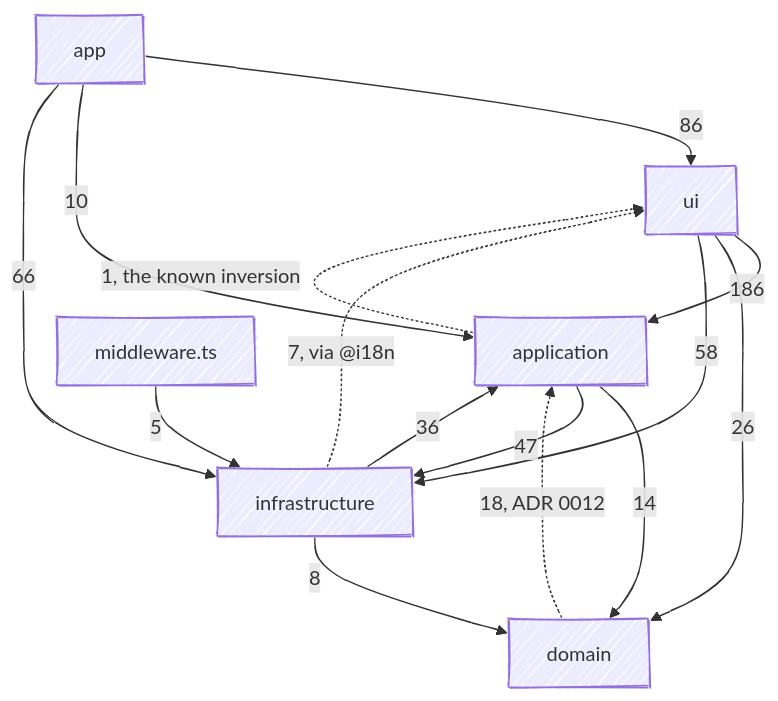
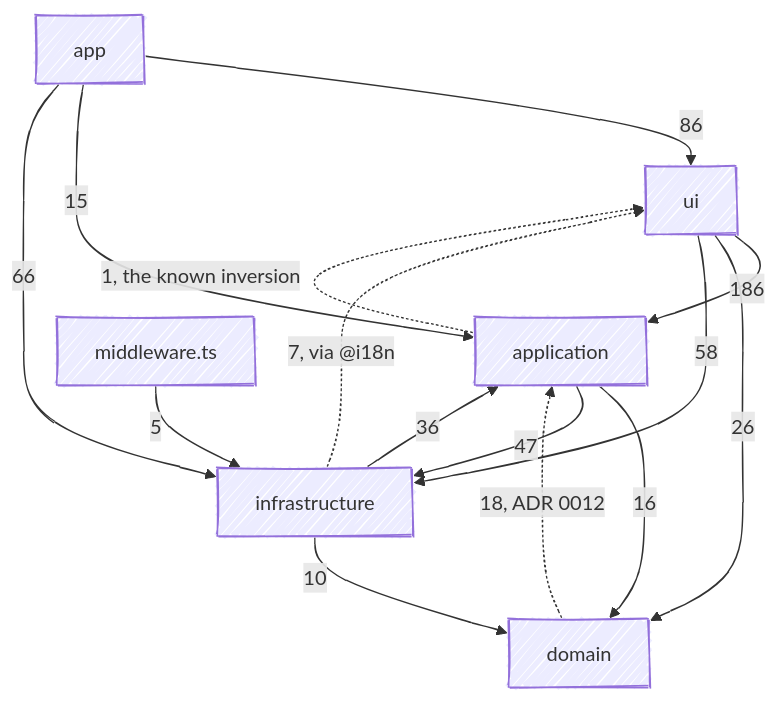
One commit to fbuireu/forever-pto changed the diagram in apps/docs/src/content/docs/architecture/overview.mdx. Above: the diagram before and after it, drawn with Mermaid. The commit also changed other lines of this file and 4 other files, not shown here.

````diff
--- a/apps/docs/src/content/docs/architecture/overview.mdx
+++ b/apps/docs/src/content/docs/architecture/overview.mdx
@@ -35,31 +35,31 @@
 ```mermaid
 ---
 config:
   look: handDrawn
   layout: dagre
   flowchart:
     nodeSpacing: 30
     rankSpacing: 40
 ---
 flowchart TB
   APP[app]
   UI[ui]
   APPL[application]
   DOM[domain]
   INFRA[infrastructure]
   MW[middleware.ts]
   APP -->|86| UI
-  APP -->|10| APPL
+  APP -->|15| APPL
   APP -->|66| INFRA
   UI -->|186| APPL
   UI -->|26| DOM
   UI -->|58| INFRA
-  APPL -->|14| DOM
+  APPL -->|16| DOM
   APPL -->|47| INFRA
   APPL -.->|1, the known inversion| UI
   DOM -.->|18, ADR 0012| APPL
   INFRA -->|36| APPL
-  INFRA -->|8| DOM
+  INFRA -->|10| DOM
   INFRA -.->|7, via @i18n| UI
   MW -->|5| INFRA
 ```
````
